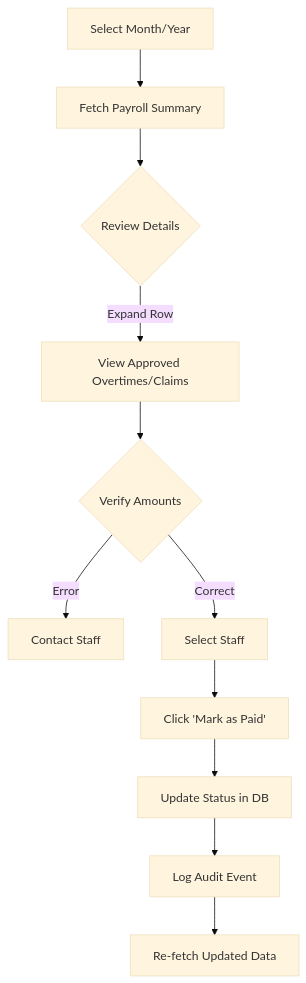
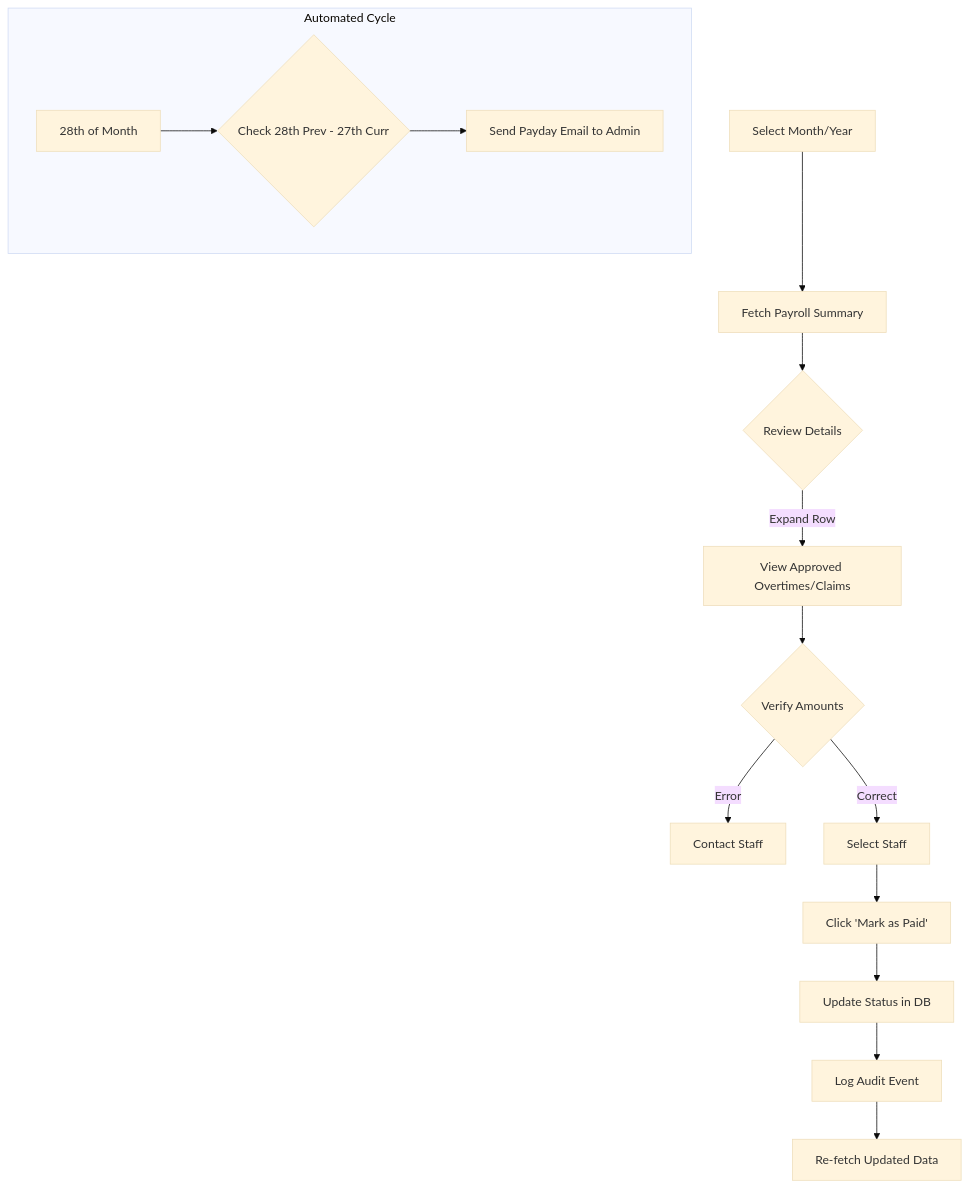
Before and after one commit to cdesqus/werk-app: the third of 3 diagrams in DOCUMENTATION.md, drawn with Mermaid (base theme). The commit also changed other lines of this file and 8 other files, not shown here.

````diff
--- a/DOCUMENTATION.md
+++ b/DOCUMENTATION.md
@@ -87,13 +91,18 @@
 ```mermaid
 graph TD
     A[Select Month/Year] --> B[Fetch Payroll Summary];
     B --> C{Review Details};
     C -- Expand Row --> D[View Approved Overtimes/Claims];
     D --> E{Verify Amounts};
     E -- Error --> F[Contact Staff];
     E -- Correct --> G[Select Staff];
     G --> H[Click 'Mark as Paid'];
     H --> I[Update Status in DB];
     I --> J[Log Audit Event];
     J --> K[Re-fetch Updated Data];
+    
+    subgraph Periodic [Automated Cycle]
+        L[28th of Month] --> M{Check 28th Prev - 27th Curr};
+        M --> N[Send Payday Email to Admin];
+    end
 ```
````
